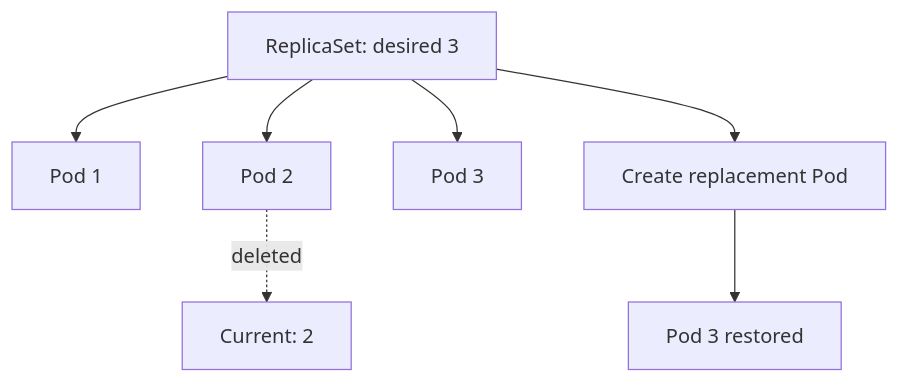
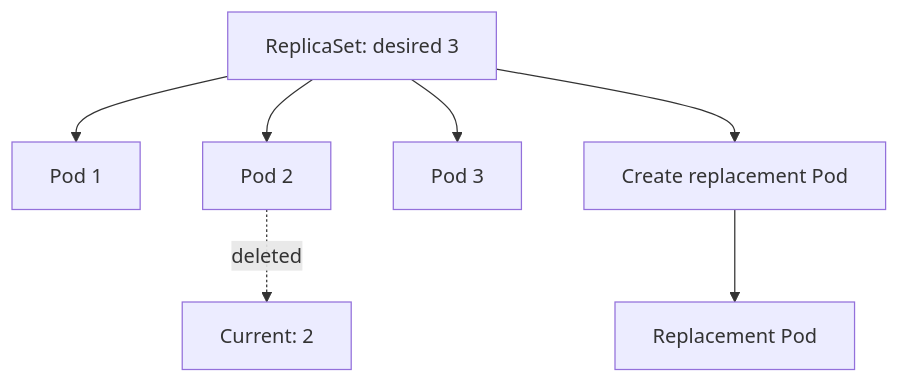
One commit to shomi-khan/k8s-tutorial changed the second of 5 diagrams in chapters/03-workloads/README.md. Above: the diagram before and after it, drawn with Mermaid. The commit also changed other lines of this file, not shown here.

Commit message:
docs: refine Chapter 03 review fixes

````diff
--- a/chapters/03-workloads/README.md
+++ b/chapters/03-workloads/README.md
@@ -58,9 +58,9 @@
 ```mermaid
 flowchart TD
   RS[ReplicaSet: desired 3] --> P1[Pod 1]
   RS --> P2[Pod 2]
   RS --> P3[Pod 3]
   P2 -. deleted .-> GAP[Current: 2]
   RS --> NEW[Create replacement Pod]
-  NEW --> P4[Pod 3 restored]
+  NEW --> P4[Replacement Pod]
 ```
````
